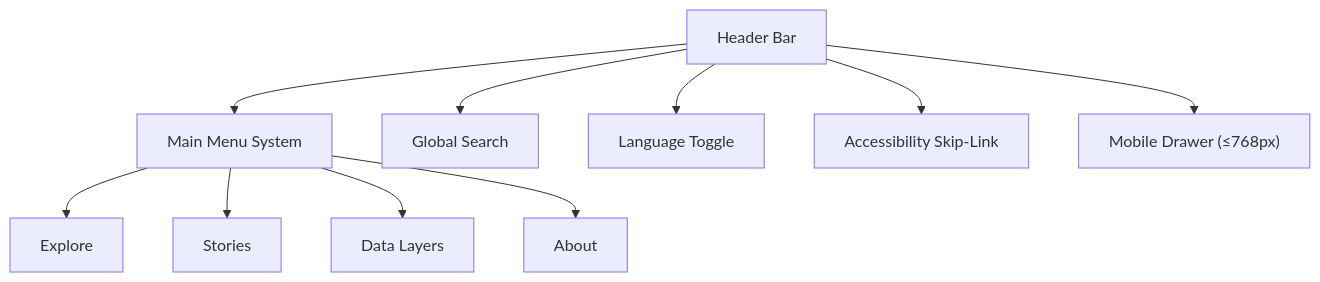
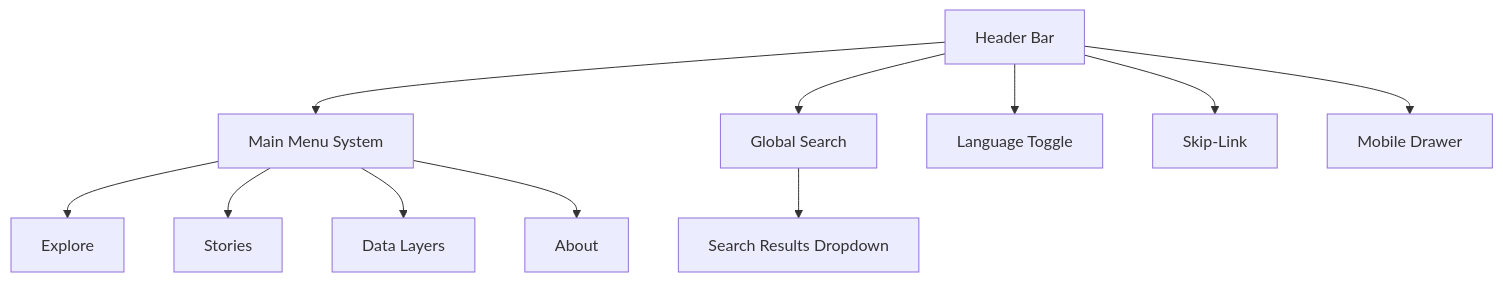
The diagram in docs/design/reviews/ui_components/navigation.md (bartytime4life/Kansas-Frontier-Matrix), drawn with Mermaid before and after one commit. The commit also changed other lines of this file, not shown here.

````diff
--- a/docs/design/reviews/ui_components/navigation.md
+++ b/docs/design/reviews/ui_components/navigation.md
@@ -116,12 +98,13 @@
 ```mermaid
 flowchart TD
   A["Header Bar"] --> B["Main Menu System"]
   B --> C["Explore"]
   B --> D["Stories"]
   B --> E["Data Layers"]
   B --> F["About"]
   A --> G["Global Search"]
   A --> H["Language Toggle"]
-  A --> I["Accessibility Skip-Link"]
-  A --> J["Mobile Drawer (≤768px)"]
+  A --> I["Skip-Link"]
+  A --> J["Mobile Drawer"]
+  G --> K["Search Results Dropdown"]
 ```
````
